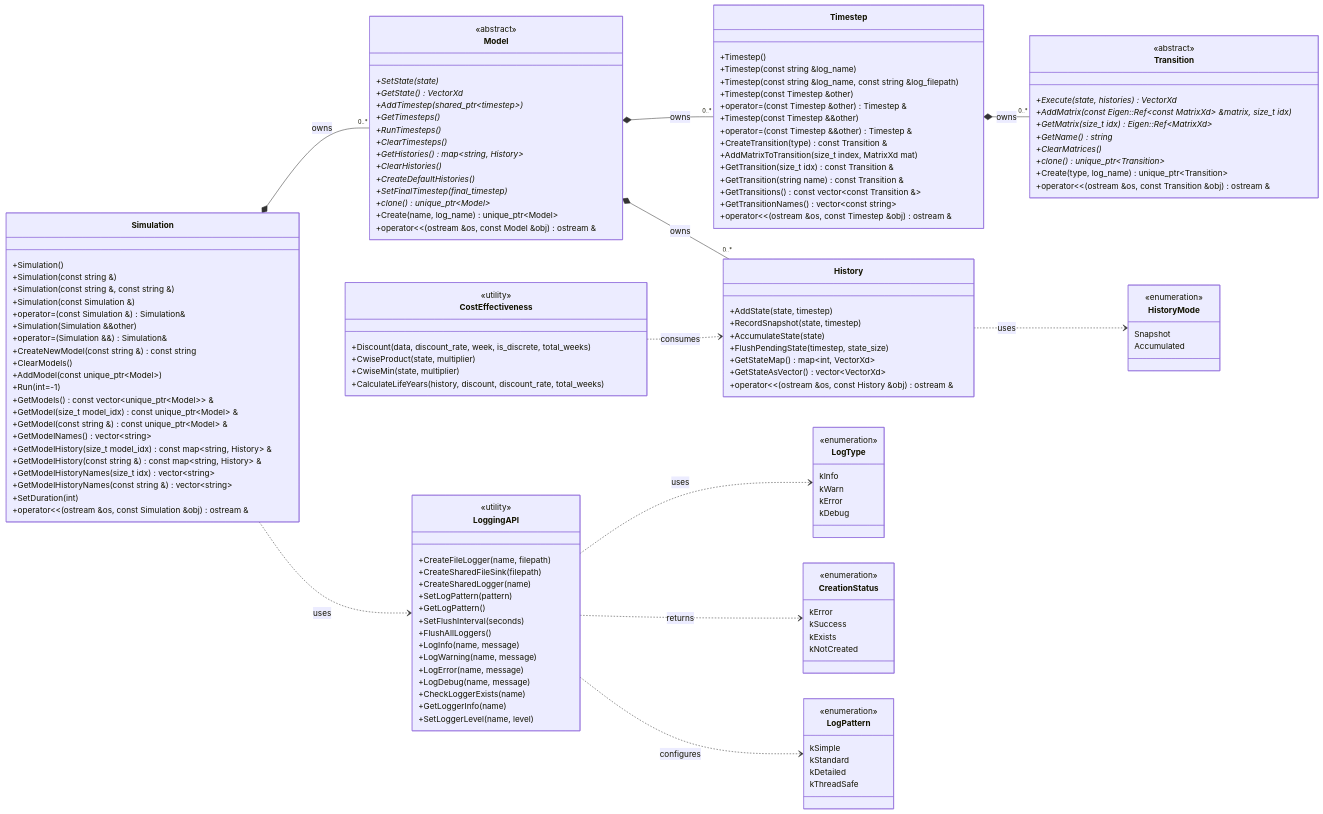
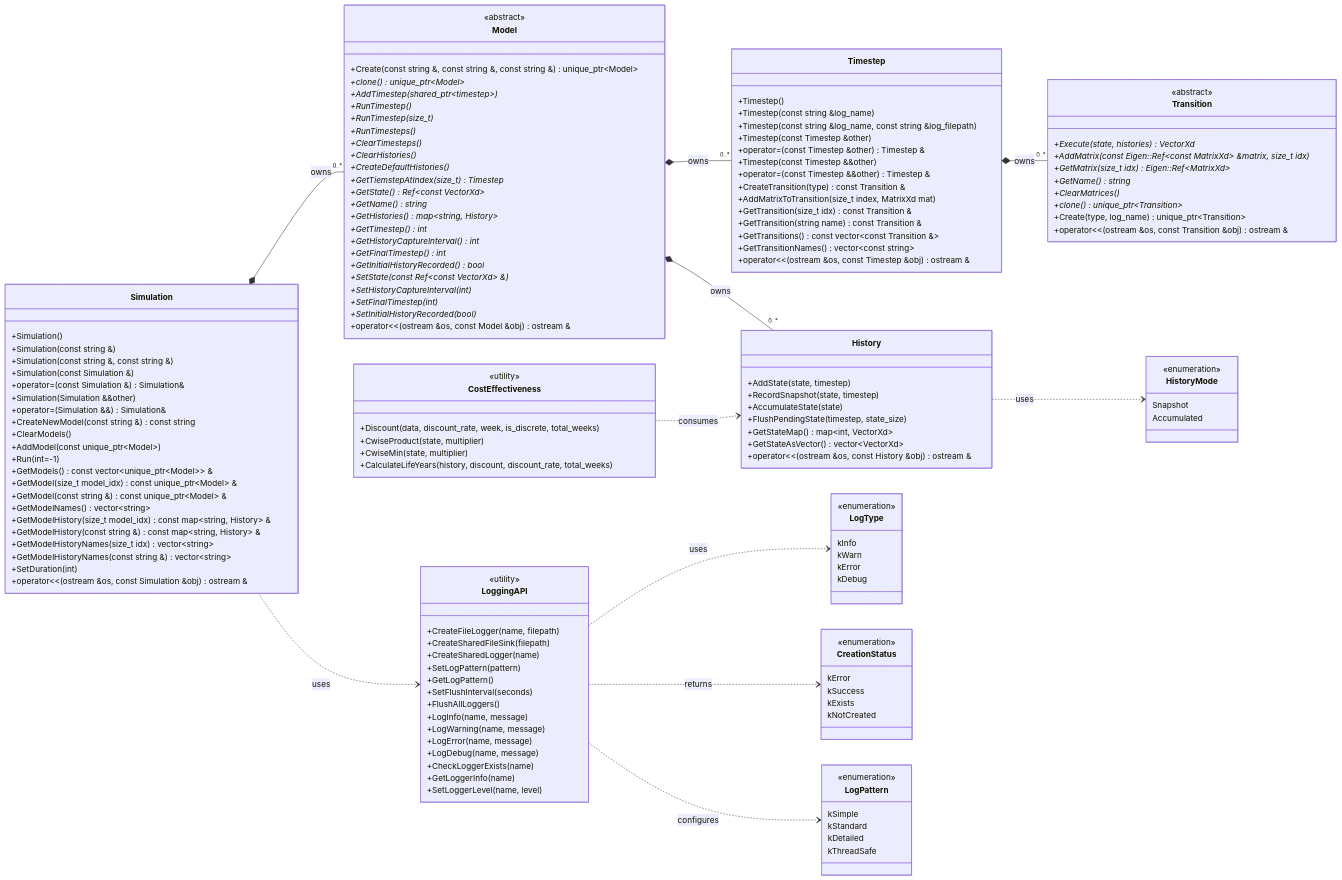
The first of 3 diagrams in docs/src/uml.md (SyndemicsLab/respond), drawn with Mermaid before and after one commit.

Commit message:
UML updates

```diff
--- a/docs/src/uml.md
+++ b/docs/src/uml.md
@@ -38,18 +38,27 @@
 
     class Model {
         <<abstract>>
-        +SetState(state) *
-        +GetState() VectorXd *
+        +Create(const string &, const string &, const string &) unique_ptr~Model~
+        +clone() unique_ptr~Model~ *
         +AddTimestep(shared_ptr~timestep~) *
-        +GetTimesteps() *
+        +RunTimestep() *
+        +RunTimestep(size_t) *
         +RunTimesteps() *
         +ClearTimesteps() *
-        +GetHistories() map~string, History~ *
         +ClearHistories() *
         +CreateDefaultHistories() *
-        +SetFinalTimestep(final_timestep) *
-        +clone() unique_ptr~Model~ *
-        +Create(name, log_name) unique_ptr~Model~
+        +GetTiemstepAtIndex(size_t) Timestep *
+        +GetState() Ref~const VectorXd~ *
+        +GetName() string *
+        +GetHistories() map~string, History~ *
+        +GetTimestep() int *
+        +GetHistoryCaptureInterval() int *
+        +GetFinalTimestep() int *
+        +GetInitialHistoryRecorded() bool *
+        +SetState(const Ref~const VectorXd~ &) *
+        +SetHistoryCaptureInterval(int) *
+        +SetFinalTimestep(int) *
+        +SetInitialHistoryRecorded(bool) *
         +operator<<(ostream &os, const Model &obj) ostream &
     }
 
```
